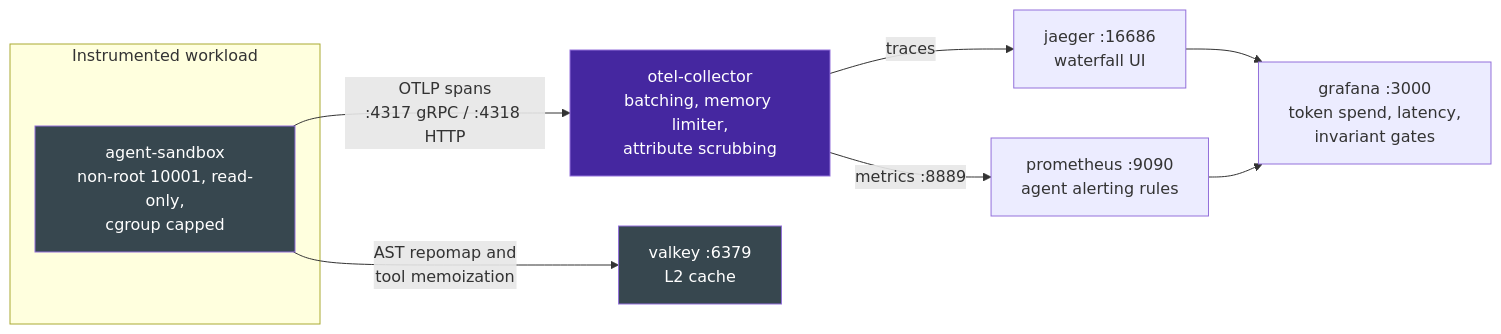
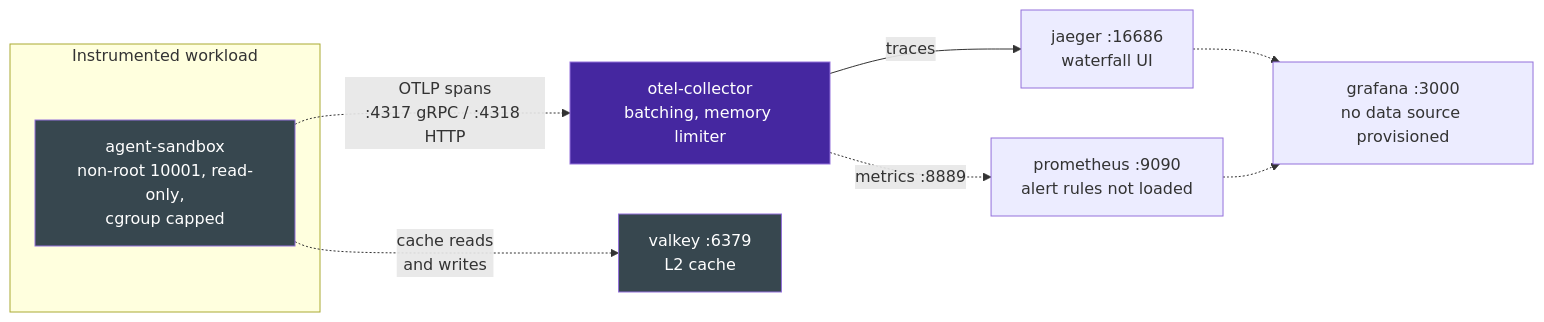
Before and after one commit to dan-petty/vibes: the diagram in resources/docker-compose/README.md, drawn with Mermaid. The commit also changed other lines of this file and 248 other files, not shown here.

````diff
--- a/resources/docker-compose/README.md
+++ b/resources/docker-compose/README.md
@@ -18,18 +18,18 @@
 ```mermaid
 flowchart LR
     classDef accent fill:#4527a0,color:#fff
     classDef neutral fill:#37474f,color:#fff
 
     subgraph Workload["Instrumented workload"]
         Agent["agent-sandbox<br/>non-root 10001, read-only,<br/>cgroup capped"]:::neutral
     end
 
-    Agent -->|"OTLP spans<br/>:4317 gRPC / :4318 HTTP"| Coll["otel-collector<br/>batching, memory limiter,<br/>attribute scrubbing"]:::accent
-    Agent -->|"AST repomap and<br/>tool memoization"| Valkey["valkey :6379<br/>L2 cache"]:::neutral
+    Agent -.->|"OTLP spans<br/>:4317 gRPC / :4318 HTTP"| Coll["otel-collector<br/>batching, memory limiter"]:::accent
+    Agent -.->|"cache reads<br/>and writes"| Valkey["valkey :6379<br/>L2 cache"]:::neutral
 
     Coll -->|"traces"| Jaeger["jaeger :16686<br/>waterfall UI"]
-    Coll -->|"metrics :8889"| Prom["prometheus :9090<br/>agent alerting rules"]
+    Coll -.->|"metrics :8889"| Prom["prometheus :9090<br/>alert rules not loaded"]
 
-    Jaeger --> Graf["grafana :3000<br/>token spend, latency,<br/>invariant gates"]
-    Prom --> Graf
+    Jaeger -.-> Graf["grafana :3000<br/>no data source provisioned"]
+    Prom -.-> Graf
 ```
````
